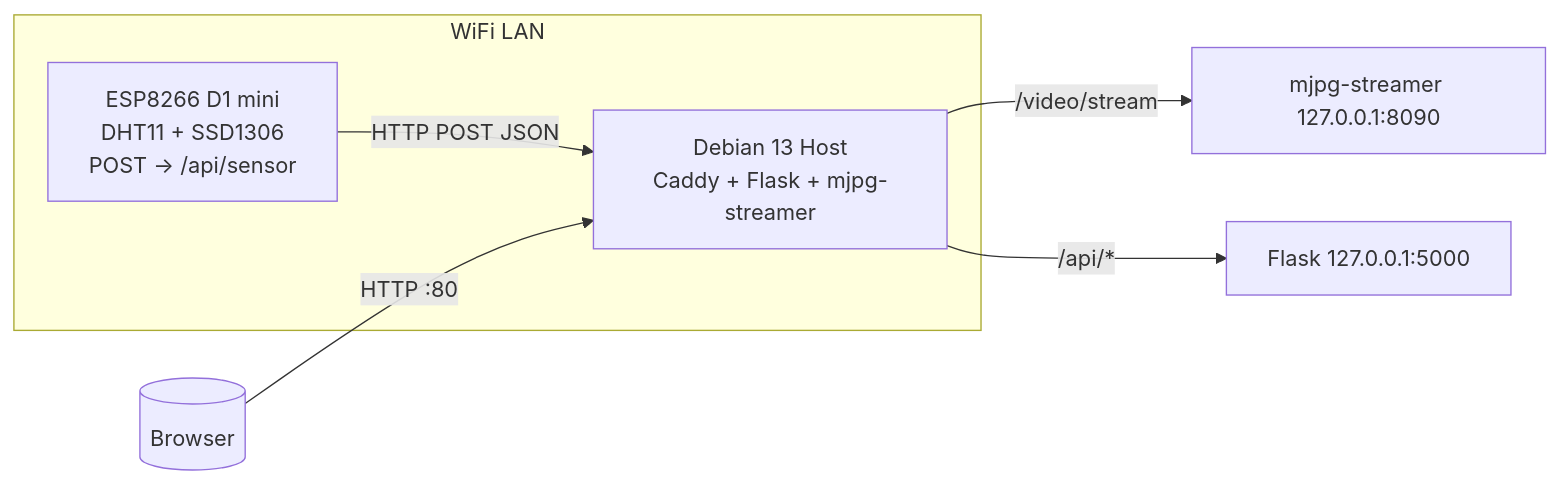
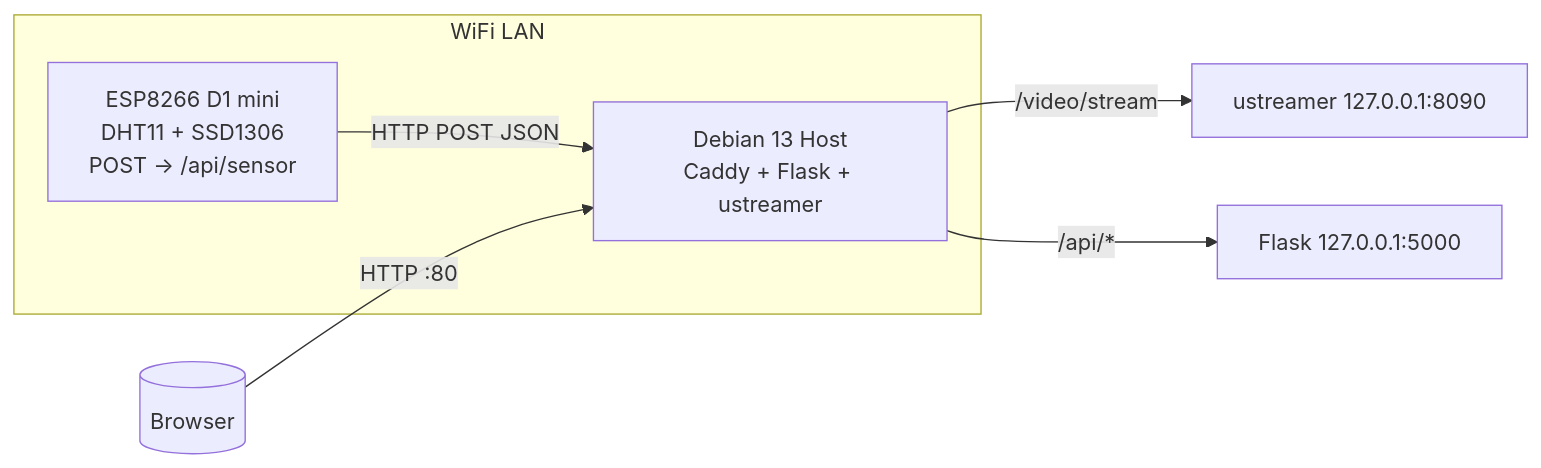
The diagram in README.md (NyxFox/dankPLANT), drawn with Mermaid before and after one commit. The commit also changed other lines of this file and 11 other files, not shown here.

Commit message:
Refactor mjpg-streamer to ustreamer: update documentation, service files, and deployment scripts for new lightweight streaming solution

````diff
--- a/README.md
+++ b/README.md
@@ -17,12 +17,12 @@
 ```mermaid
 graph LR
   subgraph WiFi LAN
     ESP[ESP8266 D1 mini\nDHT11 + SSD1306\nPOST -> /api/sensor]
-    Host[Debian 13 Host\nCaddy + Flask + mjpg-streamer]
+    Host[Debian 13 Host\nCaddy + Flask + ustreamer]
   end
 
   ESP -- HTTP POST JSON --> Host
   User[(Browser)] -- HTTP :80 --> Host
-  Host -- /video/stream --> mjpg[mjpg-streamer 127.0.0.1:8090]
+  Host -- /video/stream --> ustreamer[ustreamer 127.0.0.1:8090]
   Host -- /api/* --> flask[Flask 127.0.0.1:5000]
 ```
````
